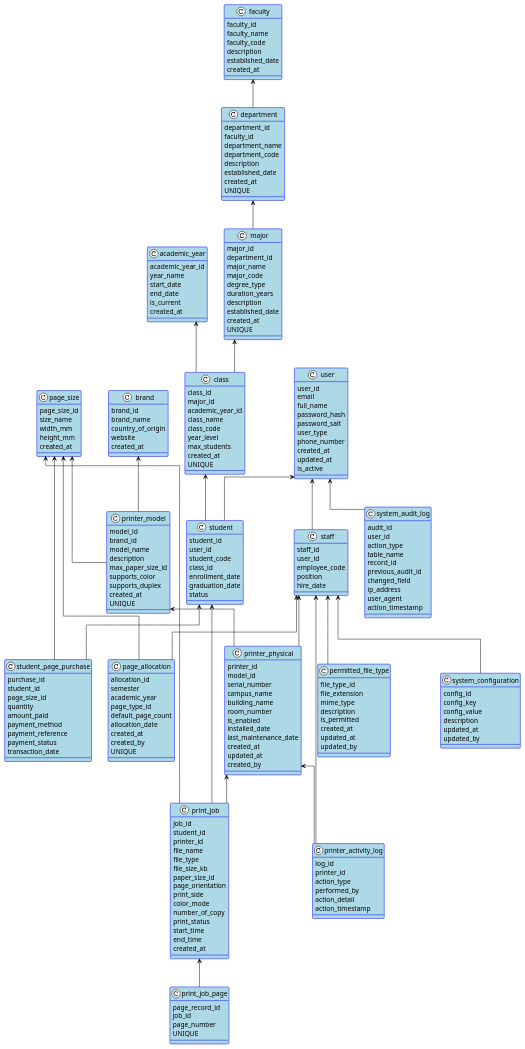
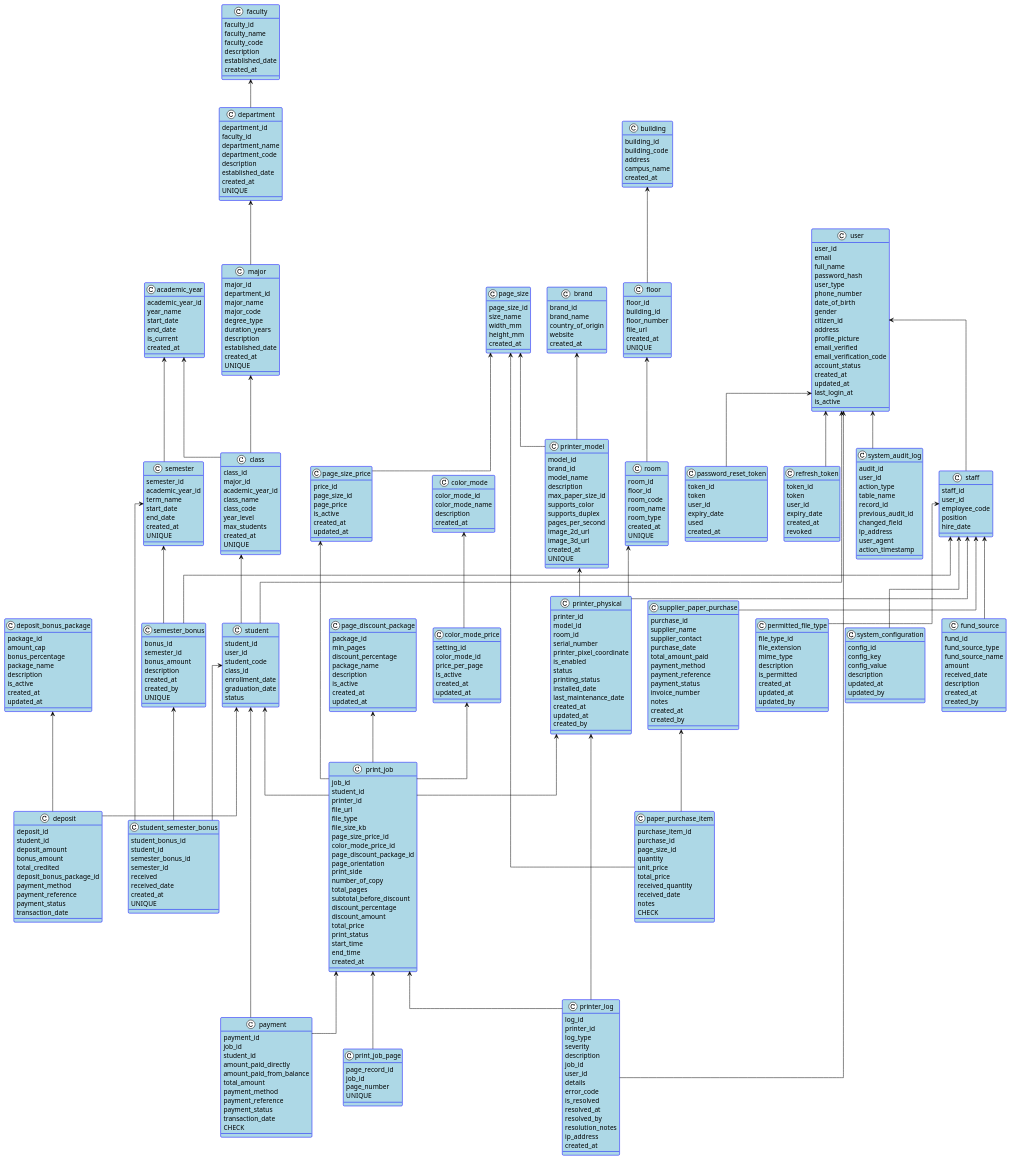
Before and after one commit to WilliamChristopherAlt/PrintingServiceDB: the diagram in visualize/db_diagram.puml, drawn with PlantUML. The commit also changed 47 other files, not shown here.

```diff
--- a/visualize/db_diagram.puml
+++ b/visualize/db_diagram.puml
@@ -10,16 +10,60 @@
 }
 
 ' Level 0 tables
-class page_allocation {
-  allocation_id
-  semester
-  academic_year
-  page_type_id
-  default_page_count
-  allocation_date
+class deposit {
+  deposit_id
+  student_id
+  deposit_amount
+  bonus_amount
+  total_credited
+  deposit_bonus_package_id
+  payment_method
+  payment_reference
+  payment_status
+  transaction_date
+}
+class fund_source {
+  fund_id
+  fund_source_type
+  fund_source_name
+  amount
+  received_date
+  description
   created_at
   created_by
-  UNIQUE
+}
+class paper_purchase_item {
+  purchase_item_id
+  purchase_id
+  page_size_id
+  quantity
+  unit_price
+  total_price
+  received_quantity
+  received_date
+  notes
+  CHECK
+}
+class password_reset_token {
+  token_id
+  token
+  user_id
+  expiry_date
+  used
+  created_at
+}
+class payment {
+  payment_id
+  job_id
+  student_id
+  amount_paid_directly
+  amount_paid_from_balance
+  total_amount
+  payment_method
+  payment_reference
+  payment_status
+  transaction_date
+  CHECK
 }
 class permitted_file_type {
   file_type_id
@@ -37,24 +81,40 @@
   page_number
   UNIQUE
 }
-class printer_activity_log {
+class printer_log {
   log_id
   printer_id
-  action_type
-  performed_by
-  action_detail
-  action_timestamp
+  log_type
+  severity
+  description
+  job_id
+  user_id
+  details
+  error_code
+  is_resolved
+  resolved_at
+  resolved_by
+  resolution_notes
+  ip_address
+  created_at
 }
-class student_page_purchase {
-  purchase_id
+class refresh_token {
+  token_id
+  token
+  user_id
+  expiry_date
+  created_at
+  revoked
+}
+class student_semester_bonus {
+  student_bonus_id
   student_id
-  page_size_id
-  quantity
-  amount_paid
-  payment_method
-  payment_reference
-  payment_status
-  transaction_date
+  semester_bonus_id
+  semester_id
+  received
+  received_date
+  created_at
+  UNIQUE
 }
 class system_audit_log {
   audit_id
@@ -78,38 +138,113 @@
 }
 
 ' Level 1 tables
+class deposit_bonus_package {
+  package_id
+  amount_cap
+  bonus_percentage
+  package_name
+  description
+  is_active
+  created_at
+  updated_at
+}
 class print_job {
   job_id
   student_id
   printer_id
-  file_name
+  file_url
   file_type
   file_size_kb
-  paper_size_id
+  page_size_price_id
+  color_mode_price_id
+  page_discount_package_id
   page_orientation
   print_side
-  color_mode
   number_of_copy
+  total_pages
+  subtotal_before_discount
+  discount_percentage
+  discount_amount
+  total_price
   print_status
   start_time
   end_time
   created_at
 }
+class semester_bonus {
+  bonus_id
+  semester_id
+  bonus_amount
+  description
+  created_at
+  created_by
+  UNIQUE
+}
+class supplier_paper_purchase {
+  purchase_id
+  supplier_name
+  supplier_contact
+  purchase_date
+  total_amount_paid
+  payment_method
+  payment_reference
+  payment_status
+  invoice_number
+  notes
+  created_at
+  created_by
+}
 
 ' Level 2 tables
+class color_mode_price {
+  setting_id
+  color_mode_id
+  price_per_page
+  is_active
+  created_at
+  updated_at
+}
+class page_discount_package {
+  package_id
+  min_pages
+  discount_percentage
+  package_name
+  description
+  is_active
+  created_at
+  updated_at
+}
+class page_size_price {
+  price_id
+  page_size_id
+  page_price
+  is_active
+  created_at
+  updated_at
+}
 class printer_physical {
   printer_id
   model_id
+  room_id
   serial_number
-  campus_name
-  building_name
-  room_number
+  printer_pixel_coordinate
   is_enabled
+  status
+  printing_status
   installed_date
   last_maintenance_date
   created_at
   updated_at
   created_by
+}
+class semester {
+  semester_id
+  academic_year_id
+  term_name
+  start_date
+  end_date
+  created_at
+  UNIQUE
 }
 class student {
   student_id
@@ -133,6 +268,12 @@
   created_at
   UNIQUE
 }
+class color_mode {
+  color_mode_id
+  color_mode_name
+  description
+  created_at
+}
 class printer_model {
   model_id
   brand_id
@@ -141,6 +282,18 @@
   max_paper_size_id
   supports_color
   supports_duplex
+  pages_per_second
+  image_2d_url
+  image_3d_url
+  created_at
+  UNIQUE
+}
+class room {
+  room_id
+  floor_id
+  room_code
+  room_name
+  room_type
   created_at
   UNIQUE
 }
@@ -168,6 +321,14 @@
   website
   created_at
 }
+class floor {
+  floor_id
+  building_id
+  floor_number
+  file_url
+  created_at
+  UNIQUE
+}
 class major {
   major_id
   department_id
@@ -192,15 +353,30 @@
   email
   full_name
   password_hash
-  password_salt
   user_type
   phone_number
+  date_of_birth
+  gender
+  citizen_id
+  address
+  profile_picture
+  email_verified
+  email_verification_code
+  account_status
   created_at
   updated_at
+  last_login_at
   is_active
 }
 
 ' Level 5 tables
+class building {
+  building_id
+  building_code
+  address
+  campus_name
+  created_at
+}
 class department {
   department_id
   faculty_id
@@ -230,21 +406,41 @@
 "user" <-- student
 "class" <-- student
 "user" <-- staff
+building <-- floor
+floor <-- room
 brand <-- printer_model
 page_size <-- printer_model
 printer_model <-- printer_physical
+room <-- printer_physical
 staff <-- printer_physical
-staff <-- page_allocation
-page_size <-- page_allocation
-student <-- student_page_purchase
-page_size <-- student_page_purchase
+academic_year <-- semester
+student <-- deposit
+deposit_bonus_package <-- deposit
+semester <-- semester_bonus
+staff <-- semester_bonus
+student <-- student_semester_bonus
+semester_bonus <-- student_semester_bonus
+semester <-- student_semester_bonus
+color_mode <-- color_mode_price
+page_size <-- page_size_price
+staff <-- fund_source
+staff <-- supplier_paper_purchase
+supplier_paper_purchase <-- paper_purchase_item
+page_size <-- paper_purchase_item
 staff <-- system_configuration
 staff <-- permitted_file_type
 student <-- print_job
 printer_physical <-- print_job
-page_size <-- print_job
+page_size_price <-- print_job
+color_mode_price <-- print_job
+page_discount_package <-- print_job
 print_job <-- print_job_page
-printer_physical <-- printer_activity_log
-staff <-- printer_activity_log
+print_job <-- payment
+student <-- payment
+printer_physical <-- printer_log
+print_job <-- printer_log
+"user" <-- printer_log
 "user" <-- system_audit_log
+"user" <-- refresh_token
+"user" <-- password_reset_token
 @enduml
```
